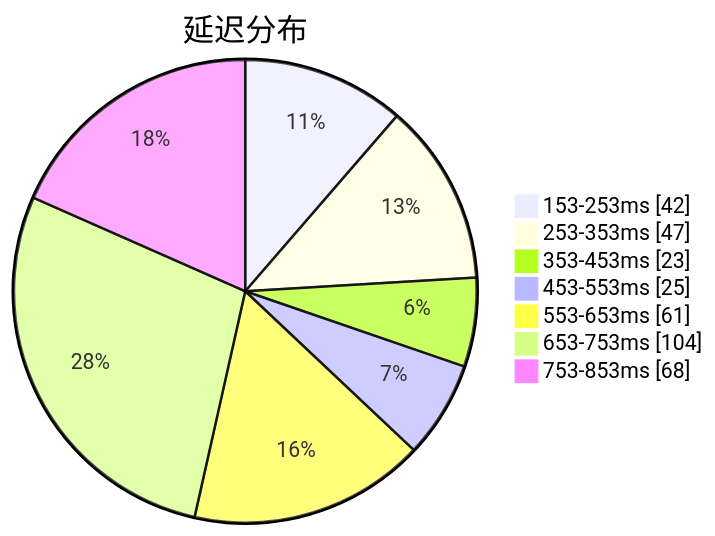
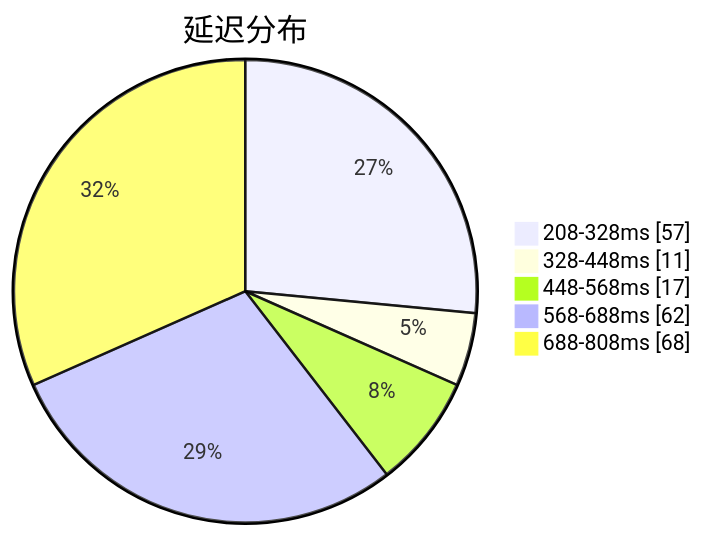
Before and after one commit to qjlxg/airport: the first of 3 diagrams in subs/statistics/tested_within.md, drawn with Mermaid. The commit also changed other lines of this file and 2 other files, not shown here.

````diff
--- a/subs/statistics/tested_within.md
+++ b/subs/statistics/tested_within.md
@@ -2,11 +2,9 @@
 ```mermaid
 pie showData
 title 延迟分布
-"153-253ms" : 42
-"253-353ms" : 47
-"353-453ms" : 23
-"453-553ms" : 25
-"553-653ms" : 61
-"653-753ms" : 104
-"753-853ms" : 68
+"208-328ms" : 57
+"328-448ms" : 11
+"448-568ms" : 17
+"568-688ms" : 62
+"688-808ms" : 68
 ```
````
